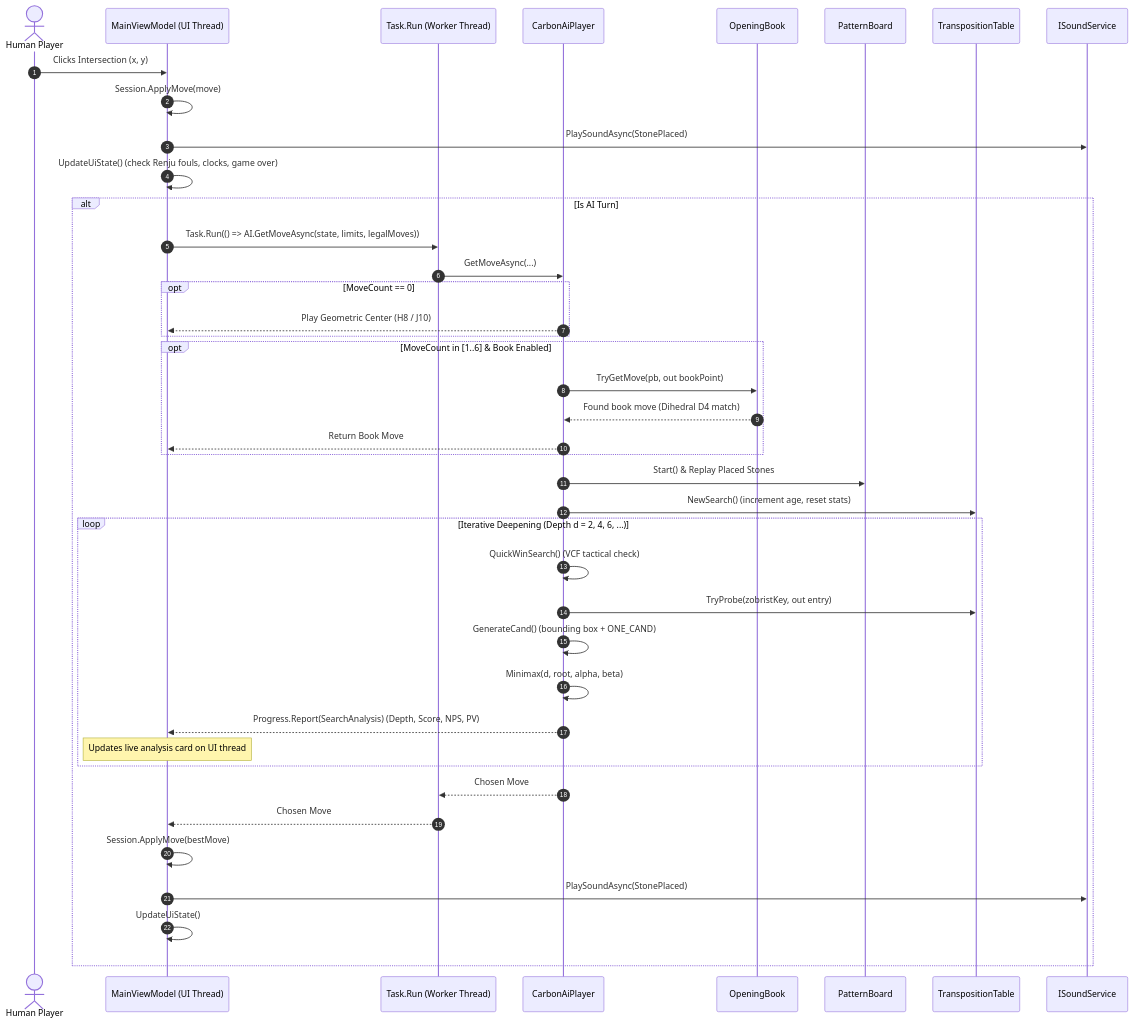
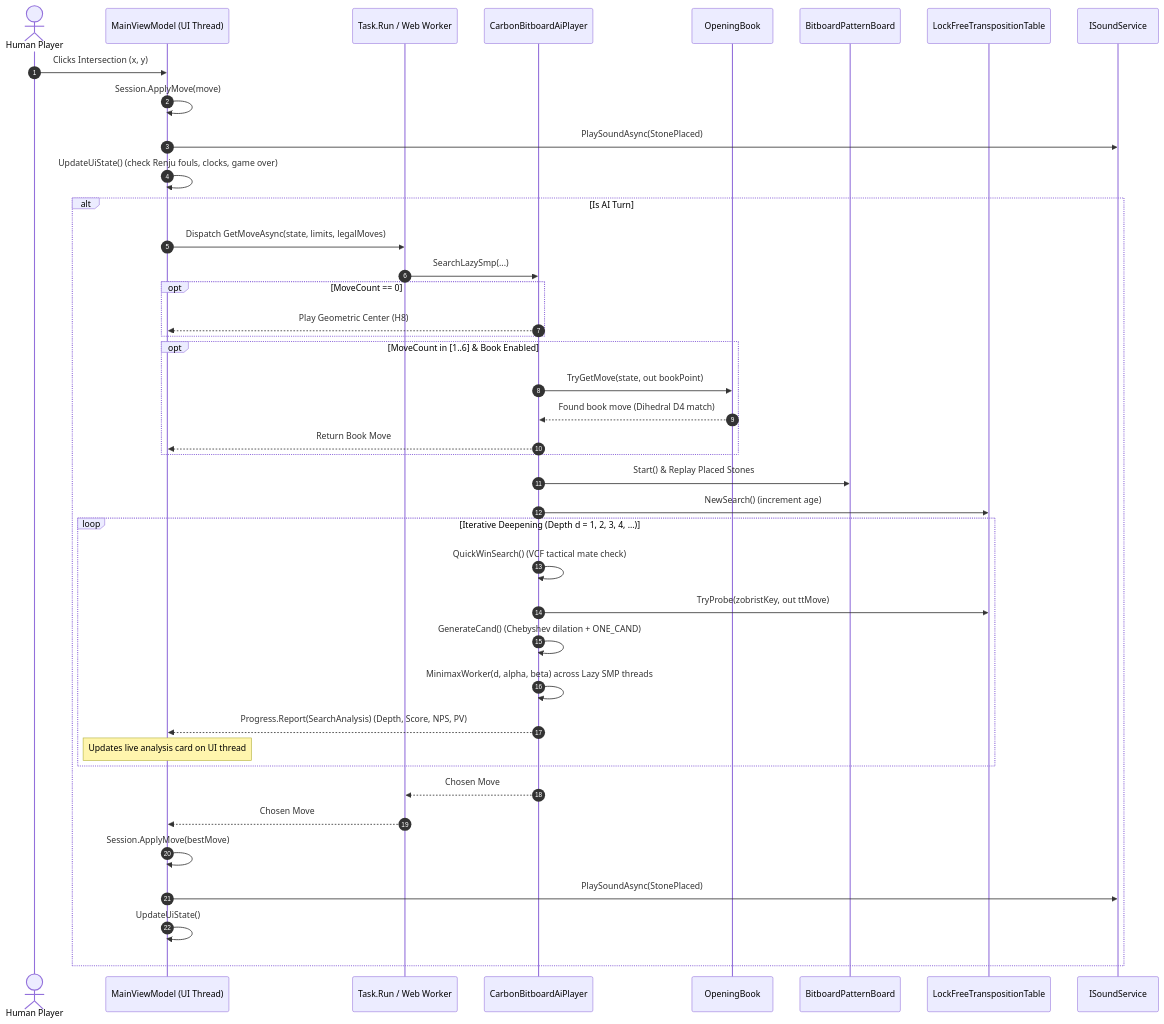
Before and after one commit to cjp-dev/Gomoku: the fourth of 4 diagrams in docs/brain/01-overview.md, drawn with Mermaid. The commit also changed other lines of this file and 29 other files, not shown here.

````diff
--- a/docs/brain/01-overview.md
+++ b/docs/brain/01-overview.md
@@ -192,50 +195,50 @@
 ```mermaid
 sequenceDiagram
     autonumber
     actor Player as Human Player
     participant VM as MainViewModel (UI Thread)
-    participant Worker as Task.Run (Worker Thread)
-    participant AI as CarbonAiPlayer
+    participant Worker as Task.Run / Web Worker
+    participant AI as CarbonBitboardAiPlayer
     participant Book as OpeningBook
-    participant PB as PatternBoard
-    participant TT as TranspositionTable
+    participant PB as BitboardPatternBoard
+    participant TT as LockFreeTranspositionTable
     participant Sound as ISoundService
 
     Player->>VM: Clicks Intersection (x, y)
     VM->>VM: Session.ApplyMove(move)
     VM->>Sound: PlaySoundAsync(StonePlaced)
     VM->>VM: UpdateUiState() (check Renju fouls, clocks, game over)
     
     alt Is AI Turn
-        VM->>Worker: Task.Run(() => AI.GetMoveAsync(state, limits, legalMoves))
-        Worker->>AI: GetMoveAsync(...)
+        VM->>Worker: Dispatch GetMoveAsync(state, limits, legalMoves)
+        Worker->>AI: SearchLazySmp(...)
         
         opt MoveCount == 0
-            AI-->>VM: Play Geometric Center (H8 / J10)
+            AI-->>VM: Play Geometric Center (H8)
         end
 
         opt MoveCount in [1..6] & Book Enabled
-            AI->>Book: TryGetMove(pb, out bookPoint)
+            AI->>Book: TryGetMove(state, out bookPoint)
             Book-->>AI: Found book move (Dihedral D4 match)
             AI-->>VM: Return Book Move
         end
 
         AI->>PB: Start() & Replay Placed Stones
-        AI->>TT: NewSearch() (increment age, reset stats)
+        AI->>TT: NewSearch() (increment age)
         
-        loop Iterative Deepening (Depth d = 2, 4, 6, ...)
-            AI->>AI: QuickWinSearch() (VCF tactical check)
-            AI->>TT: TryProbe(zobristKey, out entry)
-            AI->>AI: GenerateCand() (bounding box + ONE_CAND)
-            AI->>AI: Minimax(d, root, alpha, beta)
+        loop Iterative Deepening (Depth d = 1, 2, 3, 4, ...)
+            AI->>AI: QuickWinSearch() (VCF tactical mate check)
+            AI->>TT: TryProbe(zobristKey, out ttMove)
+            AI->>AI: GenerateCand() (Chebyshev dilation + ONE_CAND)
+            AI->>AI: MinimaxWorker(d, alpha, beta) across Lazy SMP threads
             AI-->>VM: Progress.Report(SearchAnalysis) (Depth, Score, NPS, PV)
             Note over VM: Updates live analysis card on UI thread
         end
         
         AI-->>Worker: Chosen Move
         Worker-->>VM: Chosen Move
         VM->>VM: Session.ApplyMove(bestMove)
         VM->>Sound: PlaySoundAsync(StonePlaced)
         VM->>VM: UpdateUiState()
     end
 ```
````
